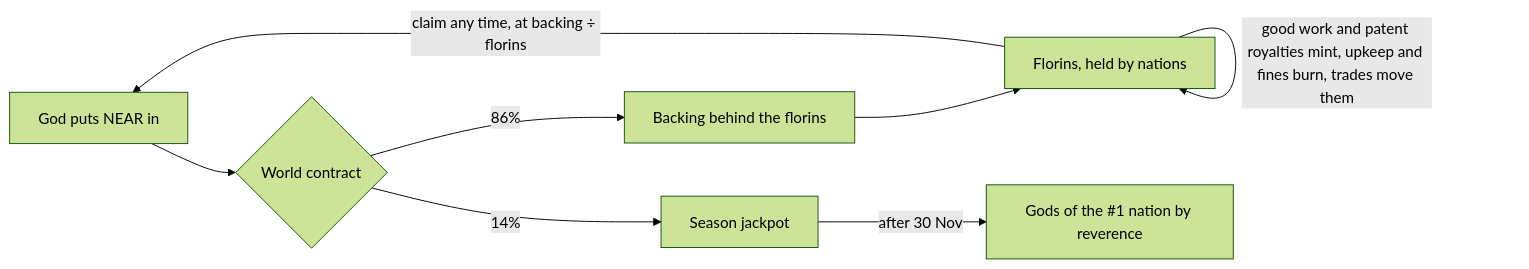
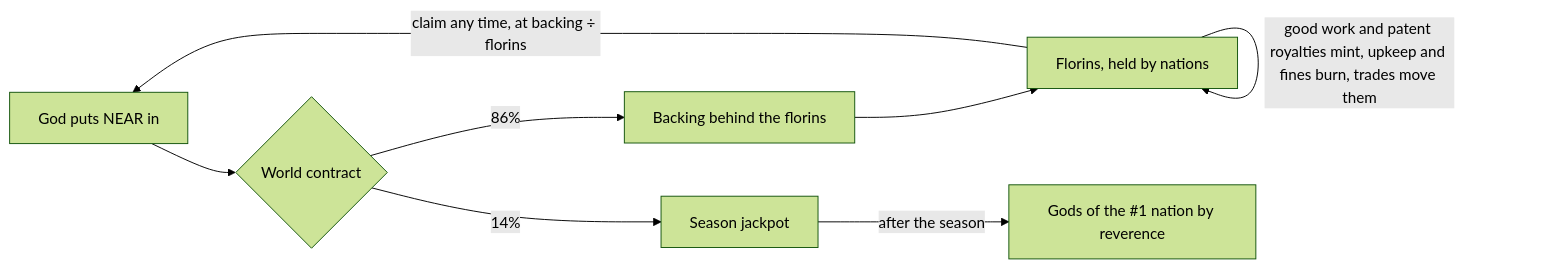
Before and after one commit to cnpierrepapi/adfontes: the first of 3 diagrams in README.md, drawn with Mermaid (forest theme). The commit also changed other lines of this file and 15 other files, not shown here.

````diff
--- a/README.md
+++ b/README.md
@@ -158,10 +162,10 @@
 ```mermaid
 flowchart LR
   G[God puts NEAR in] --> C{World contract}
   C -->|86%| B[Backing behind the florins]
   C -->|14%| J[Season jackpot]
   B --> F[Florins, held by nations]
   F -->|good work and patent royalties mint, upkeep and fines burn, trades move them| F
   F -->|claim any time, at backing ÷ florins| G
-  J -->|after 30 Nov| W[Gods of the #1 nation by reverence]
+  J -->|after the season| W[Gods of the #1 nation by reverence]
 ```
````
